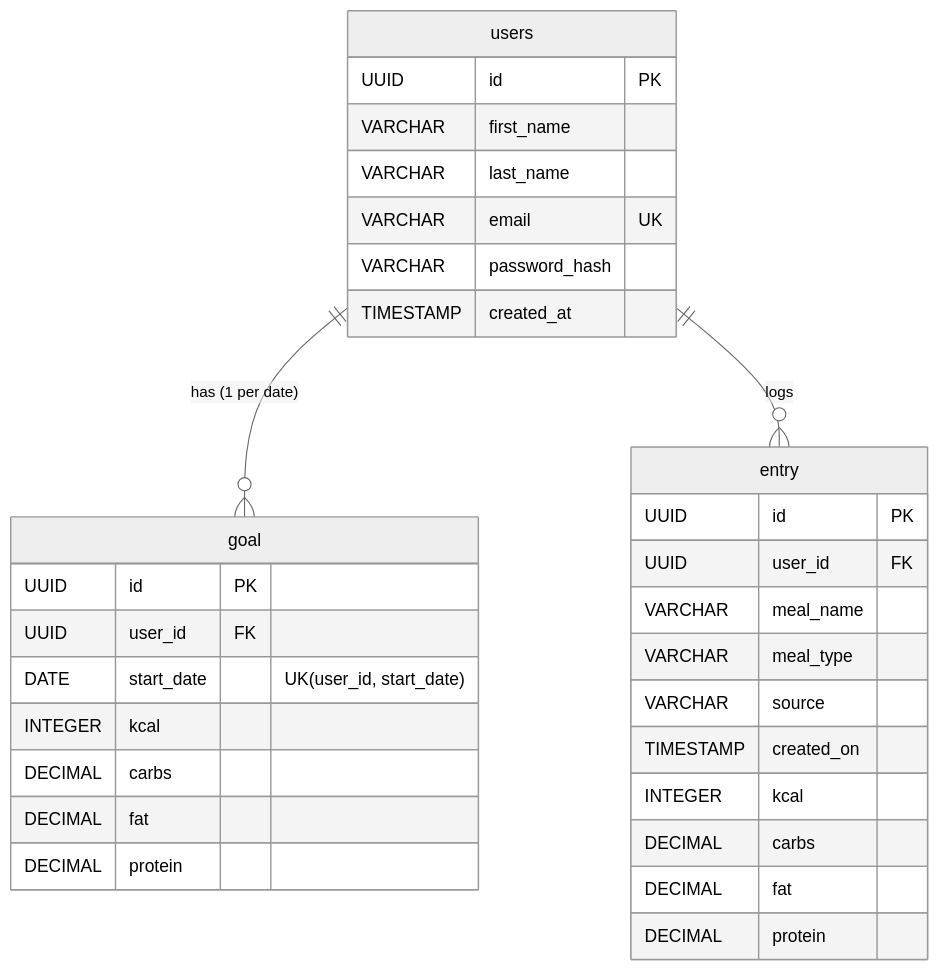
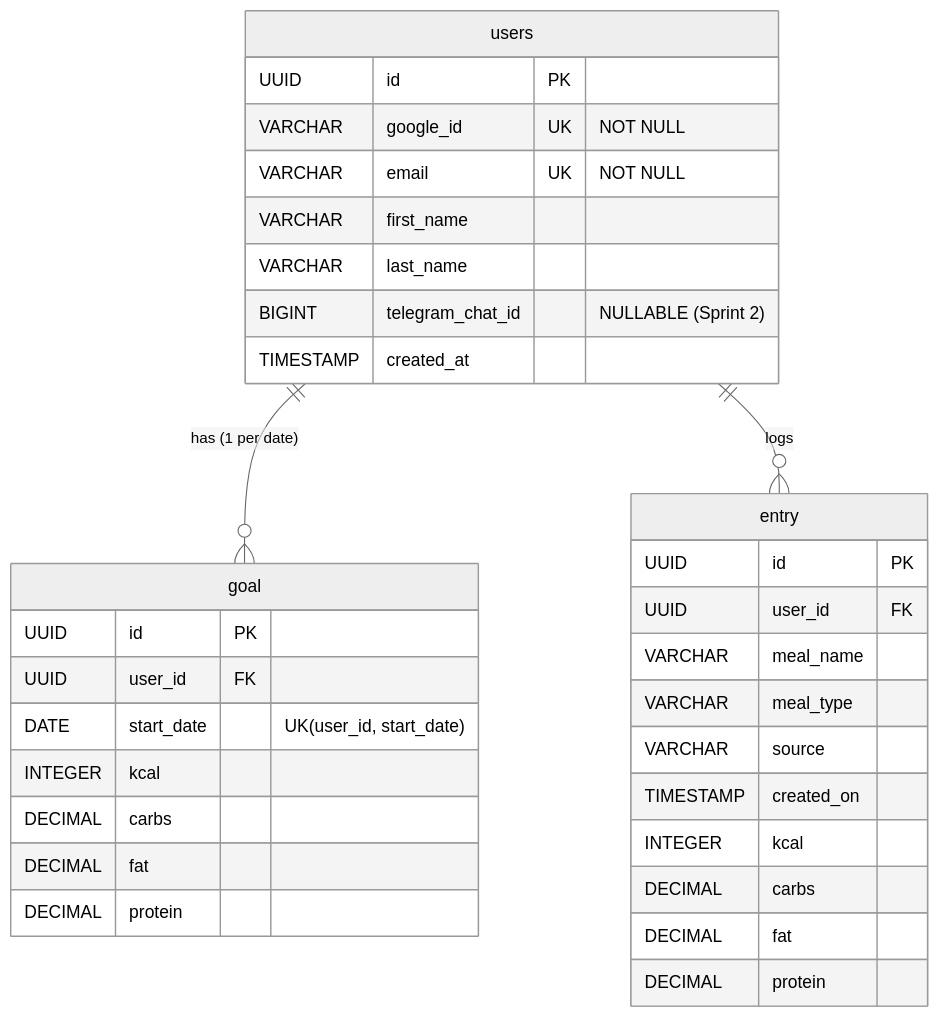
The second of 2 diagrams in README.md (ec-mentors/project-module-andres-bs12), drawn with Mermaid (neutral theme) before and after one commit. The commit also changed other lines of this file, not shown here.

Commit message:
docs: update user schema to require google_id, keep email, and remove password_hash

````diff
--- a/README.md
+++ b/README.md
@@ -133,37 +134,38 @@
 ```mermaid
 erDiagram
     users ||--o{ goal : "has (1 per date)"
     users ||--o{ entry : "logs"
 
     users {
         UUID id PK
+        VARCHAR google_id UK "NOT NULL"
+        VARCHAR email UK "NOT NULL"
         VARCHAR first_name
         VARCHAR last_name
-        VARCHAR email UK
-        VARCHAR password_hash
+        BIGINT telegram_chat_id "NULLABLE (Sprint 2)"
         TIMESTAMP created_at
     }
 
     goal {
         UUID id PK
         UUID user_id FK
         DATE start_date "UK(user_id, start_date)"
         INTEGER kcal
         DECIMAL carbs
         DECIMAL fat
         DECIMAL protein
     }
 
     entry {
         UUID id PK
         UUID user_id FK
         VARCHAR meal_name
         VARCHAR meal_type
         VARCHAR source
         TIMESTAMP created_on
         INTEGER kcal
         DECIMAL carbs
         DECIMAL fat
         DECIMAL protein
     }
 ```
````
